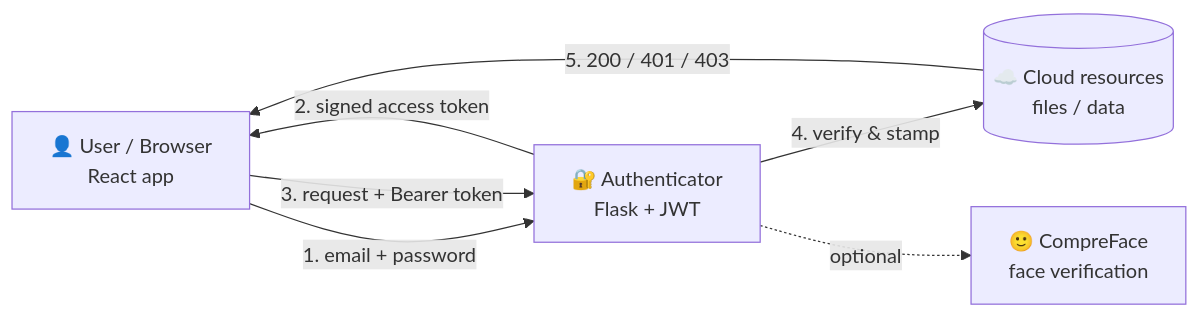
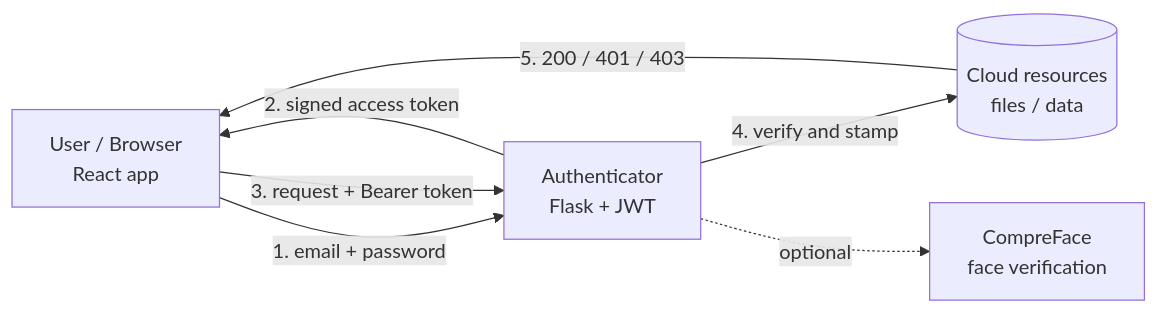
The first of 2 diagrams in README.md (GagandeepS017/privacy-preservation-public-cloud), drawn with Mermaid before and after one commit. The commit also changed other lines of this file and 8 other files, not shown here.

````diff
--- a/README.md
+++ b/README.md
@@ -47,9 +43,9 @@
 ```mermaid
 flowchart LR
-    U[👤 User / Browser<br/>React app] -->|1. email + password| A[🔐 Authenticator<br/>Flask + JWT]
+    U[User / Browser<br/>React app] -->|1. email + password| A[Authenticator<br/>Flask + JWT]
     A -->|2. signed access token| U
     U -->|3. request + Bearer token| A
-    A -->|4. verify & stamp| C[(☁️ Cloud resources<br/>files / data)]
+    A -->|4. verify and stamp| C[(Cloud resources<br/>files / data)]
     C -->|5. 200 / 401 / 403| U
-    A -.optional.-> F[🙂 CompreFace<br/>face verification]
+    A -.optional.-> F[CompreFace<br/>face verification]
 ```
````
